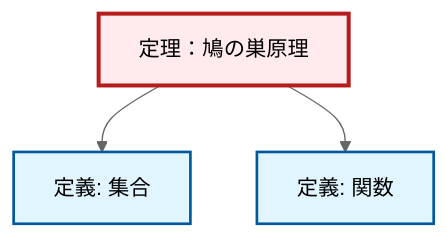
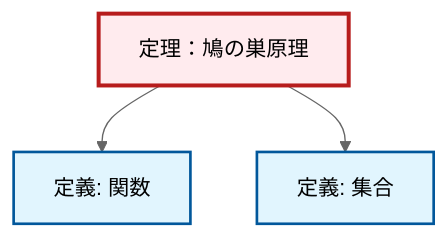
The diagram in content/ja/combinatorics/thm-pigeonhole-principle.qmd (RK0429/ModernMath), drawn with Mermaid (neutral theme) before and after one commit. The commit also changed other lines of this file and 1012 other files, not shown here.

````diff
--- a/content/ja/combinatorics/thm-pigeonhole-principle.qmd
+++ b/content/ja/combinatorics/thm-pigeonhole-principle.qmd
@@ -65,17 +65,17 @@
 ```{mermaid}
 %%| fig-cap: "Local dependency graph"
 graph TD
     classDef definition fill:#e1f5fe,stroke:#01579b,stroke-width:2px
     classDef theorem fill:#f3e5f5,stroke:#4a148c,stroke-width:2px
     classDef axiom fill:#fff3e0,stroke:#e65100,stroke-width:2px
     classDef example fill:#e8f5e9,stroke:#1b5e20,stroke-width:2px
     classDef current fill:#ffebee,stroke:#b71c1c,stroke-width:3px
+    thm-pigeonhole-principle["定理：鳩の巣原理"]:::theorem
     def-function["定義: 関数"]:::definition
-    thm-pigeonhole-principle["定理：鳩の巣原理"]:::theorem
     def-set["定義: 集合"]:::definition
+    thm-pigeonhole-principle --> def-function
     thm-pigeonhole-principle --> def-set
-    thm-pigeonhole-principle --> def-function
     class thm-pigeonhole-principle current
     click def-function "def-function.html" "関数の定義へ"
     click def-set "def-set.html" "集合の定義へ"
 ```
````
